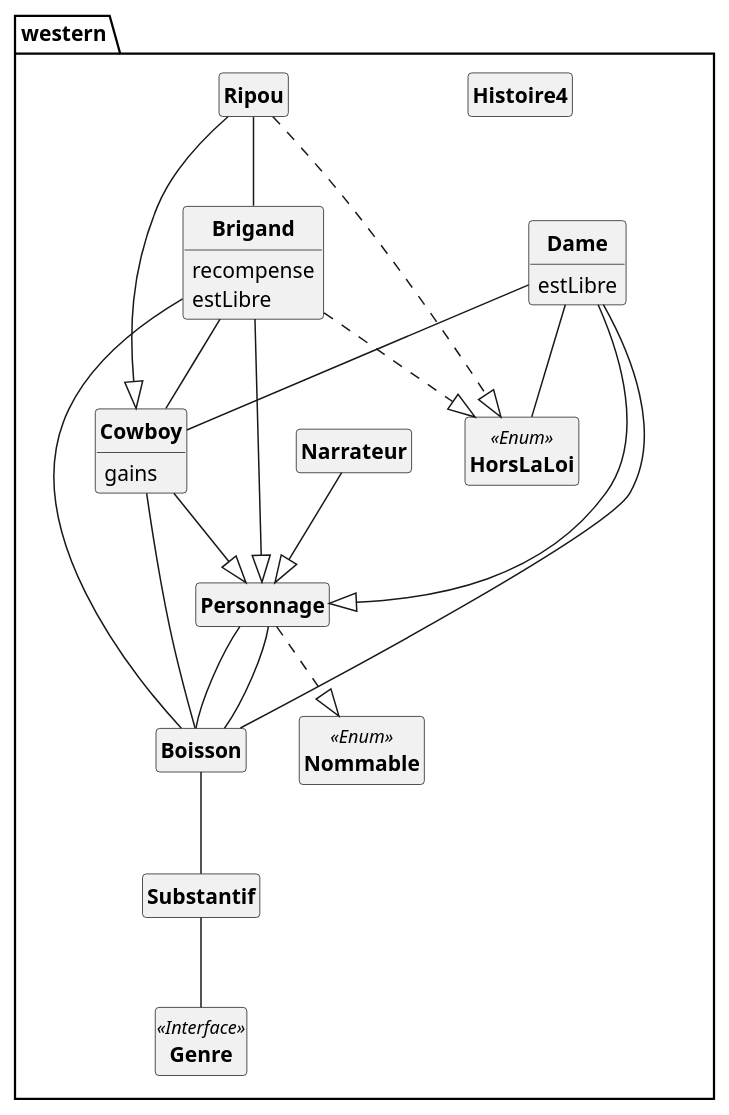
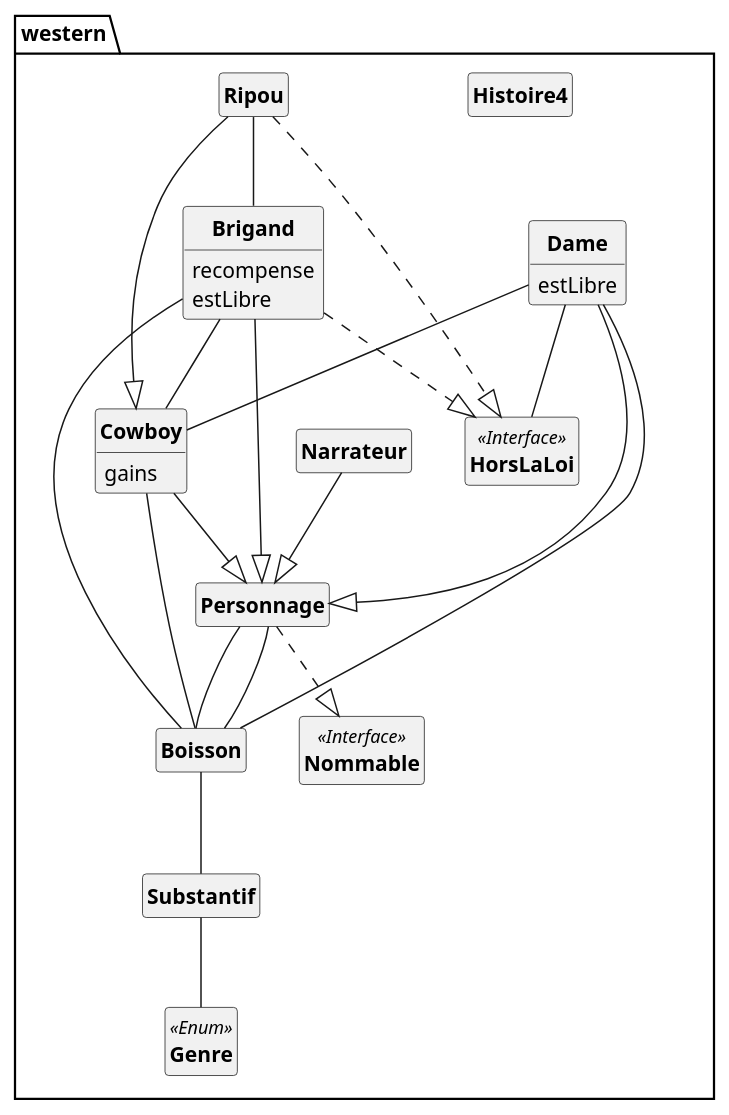
The diagram in out/production/p21_projet/pumlFromJava/westernClass.puml (DimToups/Java-to-PUML-converter), drawn with PlantUML before and after one commit. The commit also changed 9 other files, not shown here.

```diff
--- a/out/production/p21_projet/pumlFromJava/westernClass.puml
+++ b/out/production/p21_projet/pumlFromJava/westernClass.puml
@@ -1,59 +1,59 @@
 @startuml
 'https://plantuml.com/class-diagram
 skinparam style strictuml
 skinparam classAttributeIconSize 0
 skinparam classFontStyle Bold
 
 hide empty members
 
 package western{
 class Boisson{
 }
 class Brigand{
 	recompense
 	estLibre
 }
 class Cowboy{
 	gains
 }
 class Dame{
 	estLibre
 }
-class Genre <<Interface>>{
+class Genre <<Enum>>{
 }
 class Histoire4{
 }
-class HorsLaLoi <<Enum>>{
+class HorsLaLoi <<Interface>>{
 }
 class Narrateur{
 }
-class Nommable <<Enum>>{
+class Nommable <<Interface>>{
 }
 class Personnage{
 }
 class Ripou{
 }
 class Substantif{
 }
 
 Boisson -- Substantif
 Brigand -- Cowboy
 Brigand -- Boisson
 Brigand --|> Personnage
 Brigand ..|> HorsLaLoi
 Cowboy -- Boisson
 Cowboy --|> Personnage
 Dame -- Cowboy
 Dame -- HorsLaLoi
 Dame -- Boisson
 Dame --|> Personnage
 Narrateur --|> Personnage
 Personnage -- Boisson
 Personnage -- Boisson
 Personnage ..|> Nommable
 Ripou -- Brigand
 Ripou --|> Cowboy
 Ripou ..|> HorsLaLoi
 Substantif -- Genre
 }
 @enduml
```
